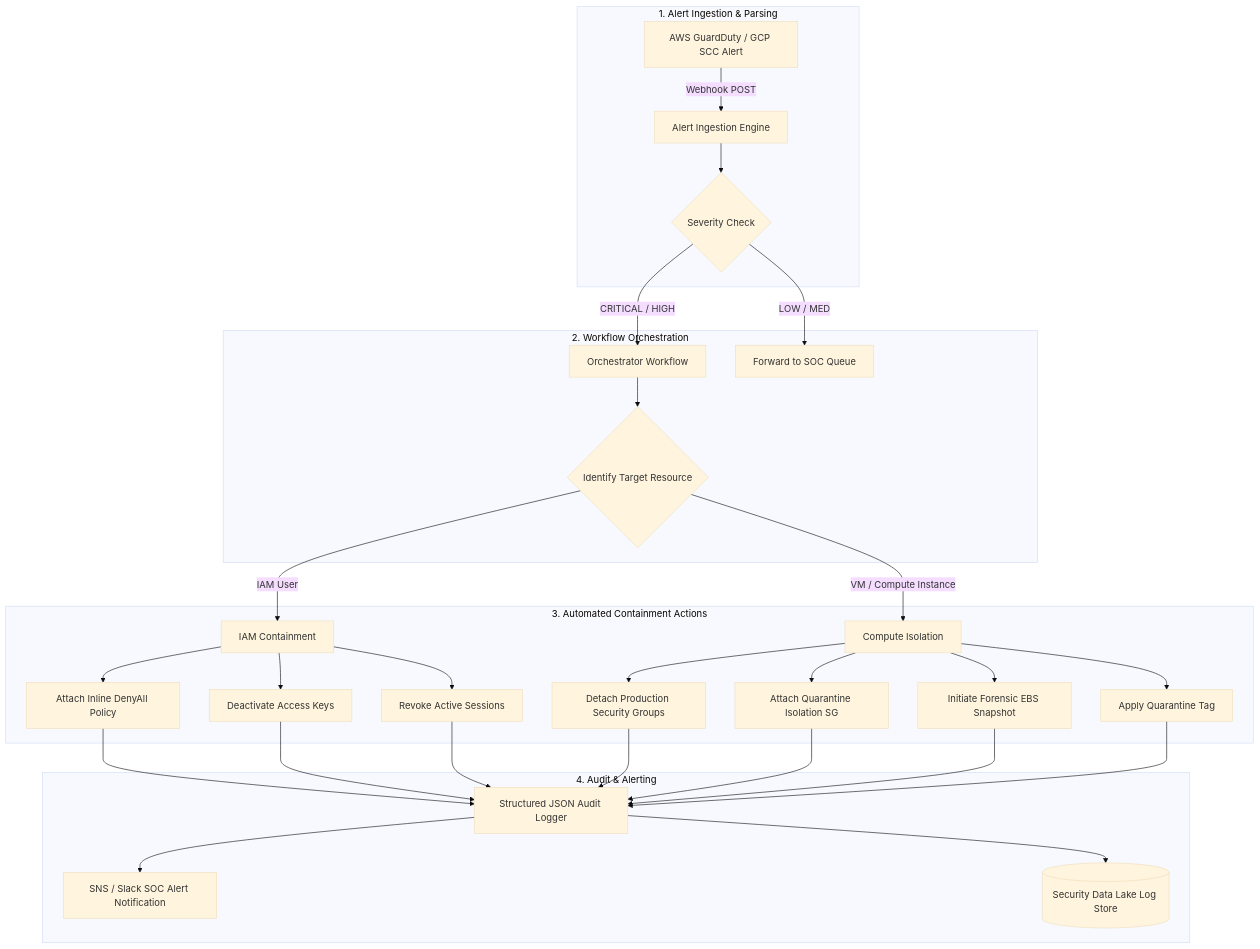
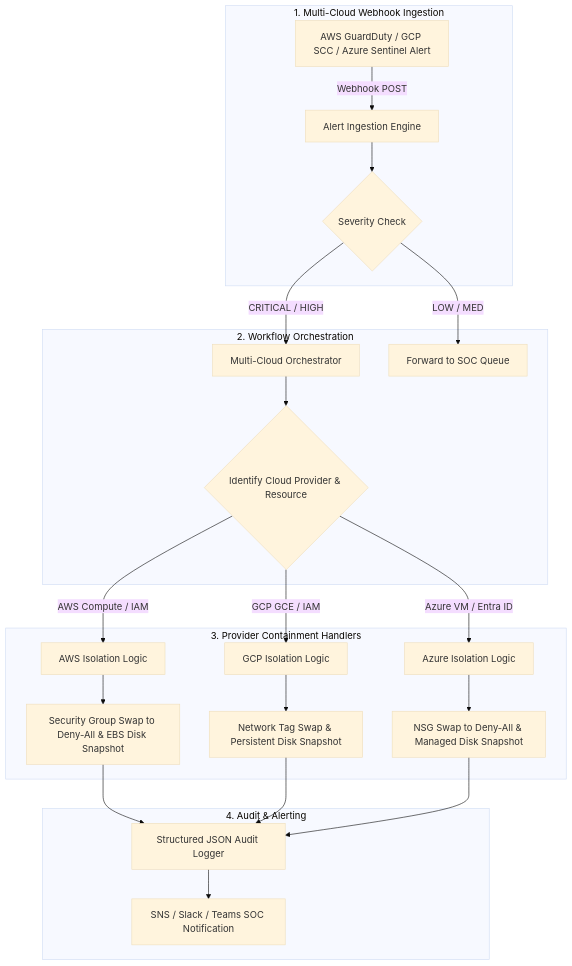
The diagram in README.md (suresh-zatch/AutomatedIncidentResponse), drawn with Mermaid (base theme) before and after one commit. The commit also changed other lines of this file and 3 other files, not shown here.

````diff
--- a/README.md
+++ b/README.md
@@ -46,33 +103,28 @@
 ```mermaid
 flowchart TD
-    subgraph Trigger ["1. Alert Ingestion & Parsing"]
-        A[AWS GuardDuty / GCP SCC Alert] -->|Webhook POST| B[Alert Ingestion Engine]
+    subgraph Trigger ["1. Multi-Cloud Webhook Ingestion"]
+        A[AWS GuardDuty / GCP SCC / Azure Sentinel Alert] -->|Webhook POST| B[Alert Ingestion Engine]
         B --> C{Severity Check}
     end
 
     subgraph Orchestration ["2. Workflow Orchestration"]
-        C -->|CRITICAL / HIGH| D[Orchestrator Workflow]
+        C -->|CRITICAL / HIGH| D[Multi-Cloud Orchestrator]
         C -->|LOW / MED| E[Forward to SOC Queue]
-        D --> F{Identify Target Resource}
+        D --> F{Identify Cloud Provider & Resource}
     end
 
-    subgraph Containment ["3. Automated Containment Actions"]
-        F -->|IAM User| G[IAM Containment]
-        F -->|VM / Compute Instance| H[Compute Isolation]
+    subgraph Containment ["3. Provider Containment Handlers"]
+        F -->|AWS Compute / IAM| G[AWS Isolation Logic]
+        F -->|GCP GCE / IAM| H[GCP Isolation Logic]
+        F -->|Azure VM / Entra ID| I[Azure Isolation Logic]
 
-        G --> G1[Attach Inline DenyAll Policy]
-        G --> G2[Deactivate Access Keys]
-        G --> G3[Revoke Active Sessions]
-
-        H --> H1[Detach Production Security Groups]
-        H --> H2[Attach Quarantine Isolation SG]
-        H --> H3[Initiate Forensic EBS Snapshot]
-        H --> H4[Apply Quarantine Tag]
+        G --> G1[Security Group Swap to Deny-All & EBS Disk Snapshot]
+        H --> H1[Network Tag Swap & Persistent Disk Snapshot]
+        I --> I1[NSG Swap to Deny-All & Managed Disk Snapshot]
     end
 
     subgraph Logging ["4. Audit & Alerting"]
-        G1 & G2 & G3 & H1 & H2 & H3 & H4 --> I[Structured JSON Audit Logger]
-        I --> J[SNS / Slack SOC Alert Notification]
-        I --> K[(Security Data Lake Log Store)]
+        G1 & H1 & I1 --> J[Structured JSON Audit Logger]
+        J --> K[SNS / Slack / Teams SOC Notification]
     end
 ```
````
